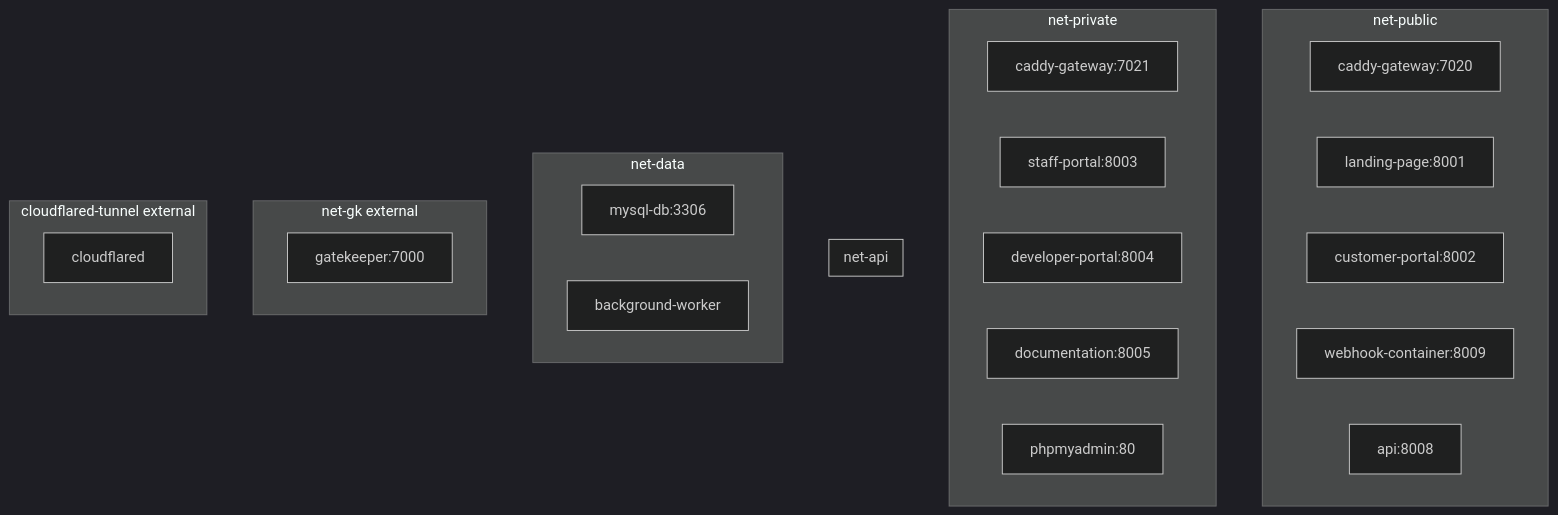
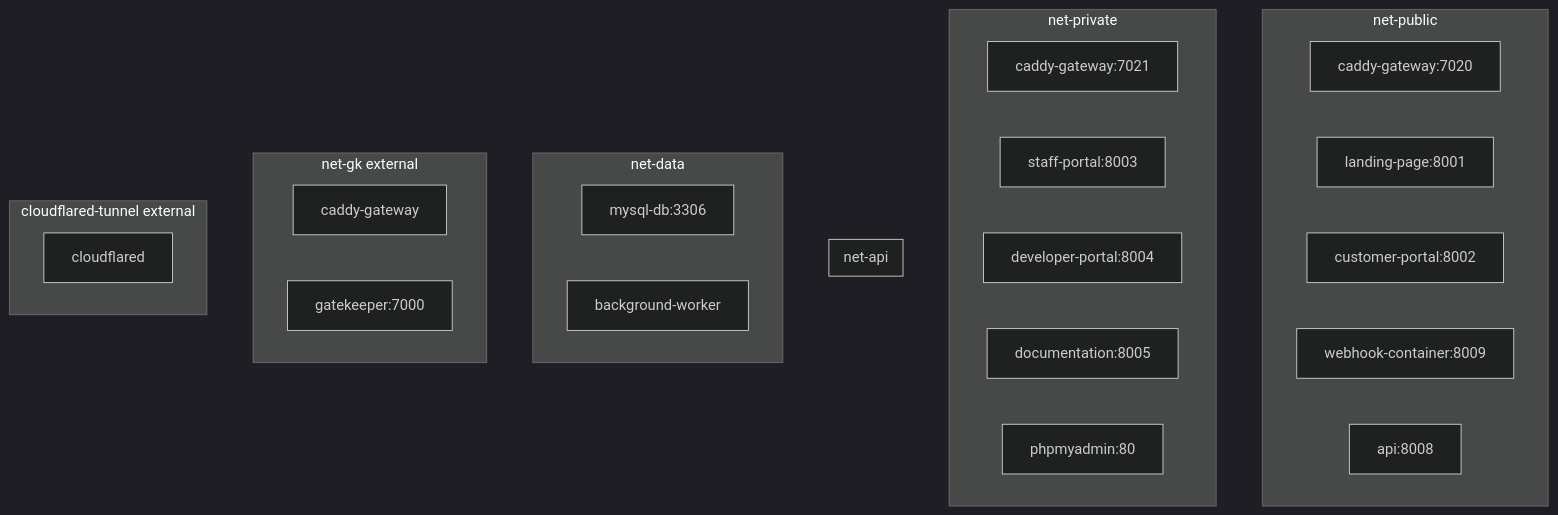
One commit to NovaProtocol/WaterBillingSystem changed the diagram in documentation/docs/bill-server/deployment.md. Above: the diagram before and after it, drawn with Mermaid (dark theme). The commit also changed other lines of this file and 25 other files, not shown here.

````diff
--- a/documentation/docs/bill-server/deployment.md
+++ b/documentation/docs/bill-server/deployment.md
@@ -42,48 +42,44 @@
 ```mermaid
 graph TB
     subgraph "net-public"
         C1[caddy-gateway:7020]
         LP[landing-page:8001]
         CP[customer-portal:8002]
         WH[webhook-container:8009]
         API[api:8008]
     end
 
     subgraph "net-private"
         C2[caddy-gateway:7021]
         SP[staff-portal:8003]
         DP[developer-portal:8004]
         DOC[documentation:8005]
         PMA[phpmyadmin:80]
     end
 
     subgraph "net-api"
         CP
         SP
         DP
         WH
         API
     end
 
     subgraph "net-data"
         DB[mysql-db:3306]
         API
         WORKER[background-worker]
         PMA
     end
 
     subgraph "net-gk external"
-        LP
-        CP
-        SP
-        DP
-        DOC
+        CG[caddy-gateway]
         GK[gatekeeper:7000]
     end
 
     subgraph "cloudflared-tunnel external"
         C1
         C2
         CF[cloudflared]
     end
 ```
````
